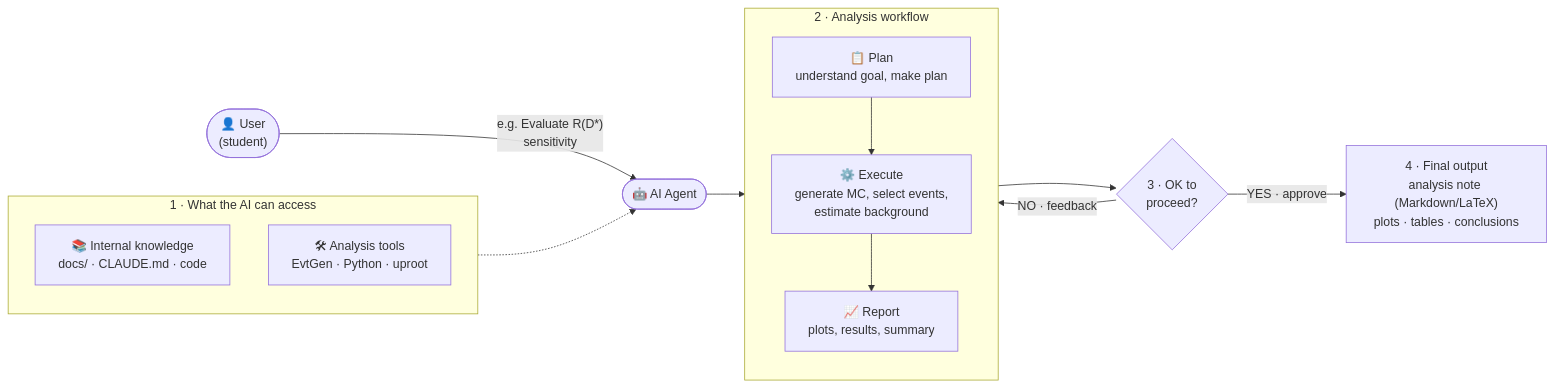
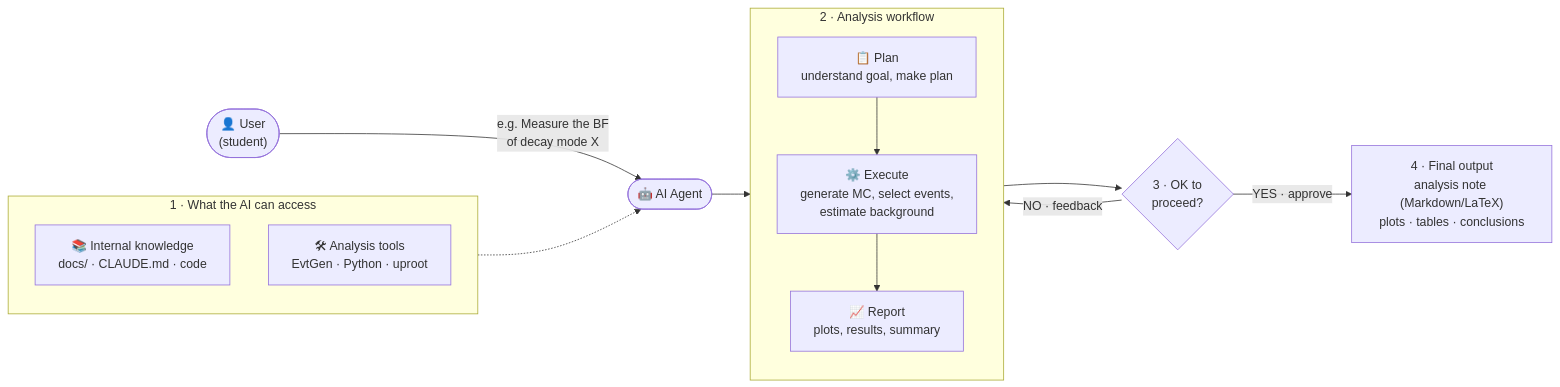
Before and after one commit to sykeisuke/phys_agent: the diagram in README.md, drawn with Mermaid. The commit also changed other lines of this file, not shown here.

````diff
--- a/README.md
+++ b/README.md
@@ -46,23 +29,23 @@
 ```mermaid
 flowchart LR
-    U(["👤 User<br/>(student)"]) -->|"e.g. Evaluate R(D*)<br/>sensitivity"| A(["🤖 AI Agent"])
+    U(["👤 User<br/>(student)"]) -->|"e.g. Measure the BF<br/>of decay mode X"| A(["🤖 AI Agent"])
 
     subgraph K["1 · What the AI can access"]
         direction TB
         K1["📚 Internal knowledge<br/>docs/ · CLAUDE.md · code"]
         K2["🛠 Analysis tools<br/>EvtGen · Python · uproot"]
     end
 
     subgraph W["2 · Analysis workflow"]
         direction TB
         P["📋 Plan<br/>understand goal, make plan"] --> E["⚙️ Execute<br/>generate MC, select events,<br/>estimate background"]
         E --> R["📈 Report<br/>plots, results, summary"]
     end
 
     A --> W
     K -.-> A
 
     R --> D{"3 · OK to<br/>proceed?"}
     D -->|YES · approve| N["4 · Final output<br/>analysis note (Markdown/LaTeX)<br/>plots · tables · conclusions"]
     D -->|NO · feedback| P
 ```
````
